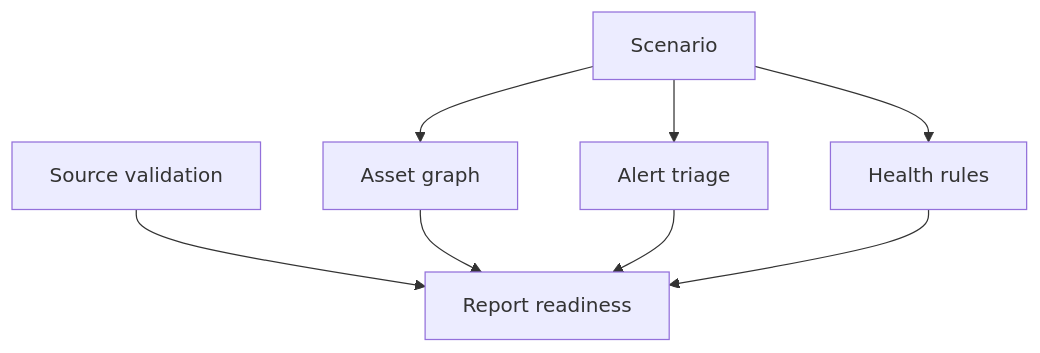
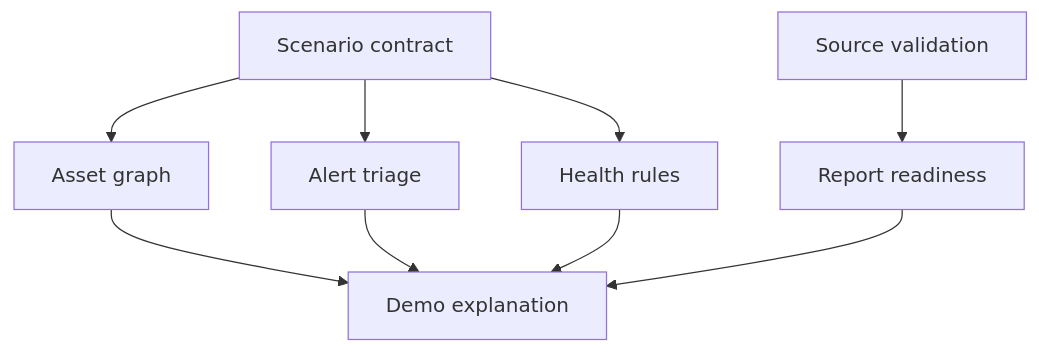
Before and after one commit to Ce-Legend/enterprise-ops-dashboard-starter: the diagram in README.md, drawn with Mermaid. The commit also changed other lines of this file and 7 other files, not shown here.

````diff
--- a/README.md
+++ b/README.md
@@ -79,10 +125,11 @@
 ```mermaid
 graph TD
-  A["Scenario"] --> B["Asset graph"]
+  A["Scenario contract"] --> B["Asset graph"]
   A --> C["Alert triage"]
   A --> D["Health rules"]
   E["Source validation"] --> F["Report readiness"]
-  B --> F
-  C --> F
-  D --> F
+  B --> G["Demo explanation"]
+  C --> G
+  D --> G
+  F --> G
 ```
````
